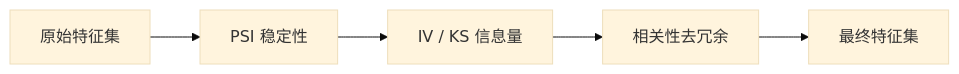
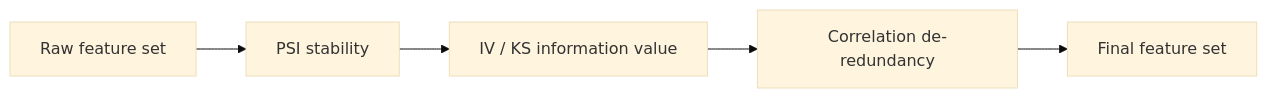
The diagram in docs/guides/feature.md (Kyle-J-Sun/SuperModelingFactory_doc), drawn with Mermaid (base theme) before and after one commit. The commit also changed other lines of this file and 52 other files, not shown here.

````diff
--- a/docs/guides/feature.md
+++ b/docs/guides/feature.md
@@ -5,7 +5,7 @@
 ```mermaid
 flowchart LR
-    A[原始特征集] --> B[PSI 稳定性]
-    B --> C[IV / KS 信息量]
-    C --> D[相关性去冗余]
-    D --> E[最终特征集]
+    A[Raw feature set] --> B[PSI stability]
+    B --> C[IV / KS information value]
+    C --> D[Correlation de-redundancy]
+    D --> E[Final feature set]
 ```
````
